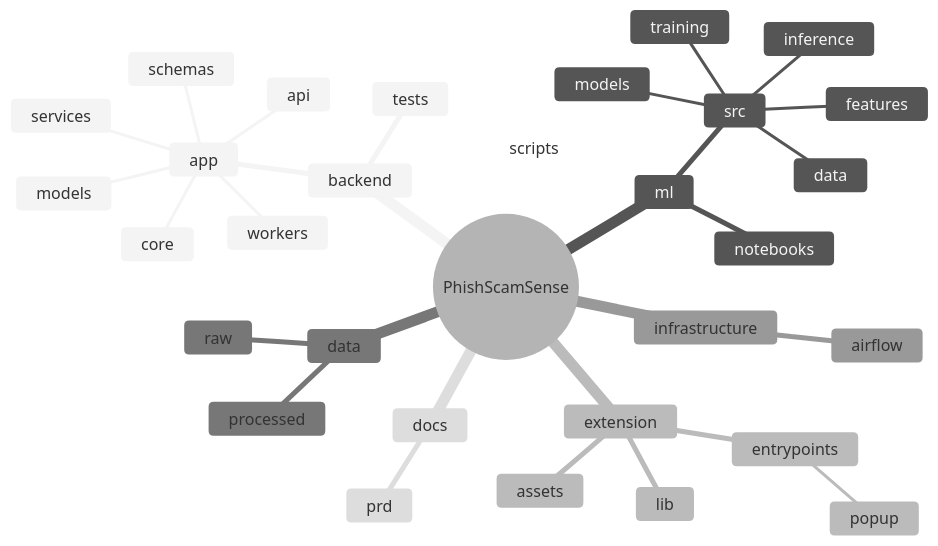
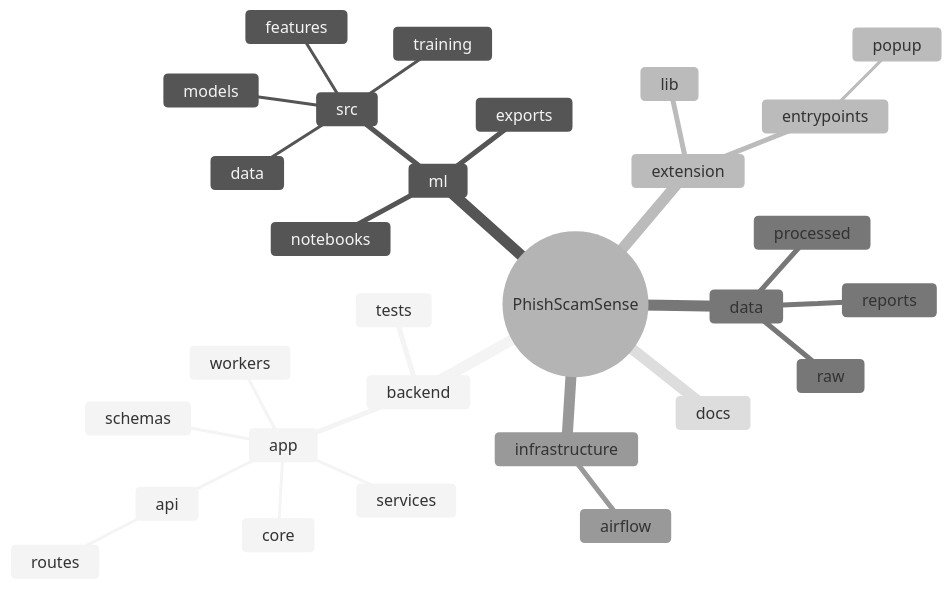
The first of 4 diagrams in docs/architecture.md (penanamtomat/PhishScamSense), drawn with Mermaid (neutral theme) before and after one commit. The commit also changed other lines of this file and 18 other files, not shown here.

````diff
--- a/docs/architecture.md
+++ b/docs/architecture.md
@@ -7,34 +5,32 @@
 ```mermaid
 mindmap
   root((PhishScamSense))
     backend
       app
         api
+          routes
         core
-        models
         schemas
         services
         workers
       tests
     ml
+      exports
       notebooks
       src
         data
         features
-        inference
         models
         training
     extension
-      assets
       entrypoints
         popup
       lib
     data
+      raw
       processed
-      raw
+      reports
     infrastructure
       airflow
     docs
-      prd
-    scripts
 ```
````
